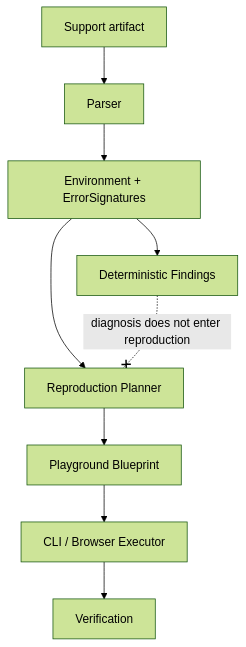
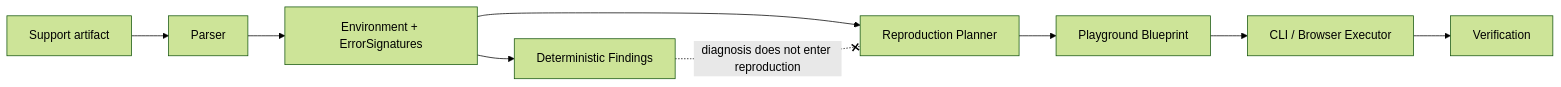
The diagram in README.md (lucyeos07/wordpress-support-reproduction-engine), drawn with Mermaid (forest theme) before and after one commit.

Commit message:
Lay the architecture diagram out left-to-right
Top-down the same graph renders eight ranks tall on GitHub, so the pipeline
scrolls past a screen of mostly empty space. Same nodes, same edges, read as a
pipeline instead.

````diff
--- a/README.md
+++ b/README.md
@@ -63,14 +63,14 @@
 ```mermaid
-flowchart TD
+flowchart LR
     A[Support artifact] --> B[Parser]
     B --> C[Environment + ErrorSignatures]
 
     C --> D[Deterministic Findings]
     C --> E[Reproduction Planner]
 
     E --> F[Playground Blueprint]
     F --> G[CLI / Browser Executor]
     G --> H[Verification]
 
     D -. "diagnosis does not enter reproduction" .-x E
 ```
````
